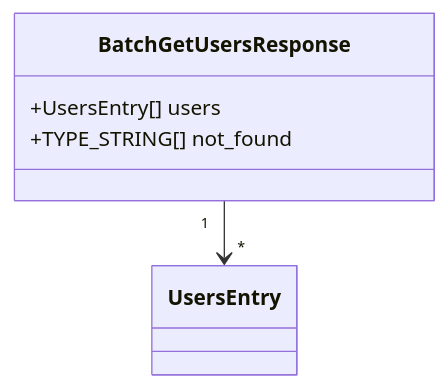
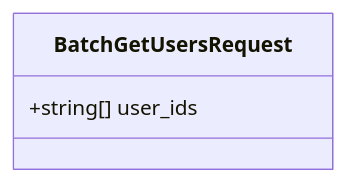
One commit to kyivinua/root changed diagram 38 of 47 in test-monorepo/docs/consolidated/UserService.md. Above: the diagram before and after it, drawn with Mermaid. The commit also changed other lines of this file and 5 other files, not shown here.

````diff
--- a/test-monorepo/docs/consolidated/UserService.md
+++ b/test-monorepo/docs/consolidated/UserService.md
@@ -851,8 +1883,6 @@
 ```mermaid
 classDiagram
-    class BatchGetUsersResponse {
-        +UsersEntry[] users
-        +TYPE_STRING[] not_found
+    class BatchGetUsersRequest {
+        +string[] user_ids
     }
-    BatchGetUsersResponse "1" --> "*" UsersEntry
 ```
````
